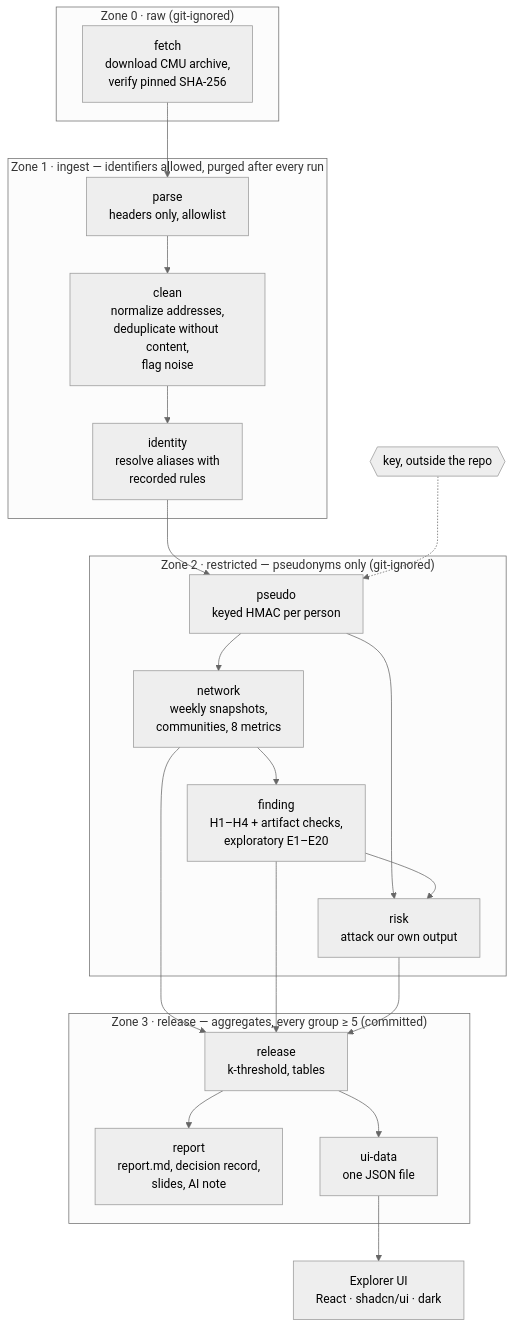
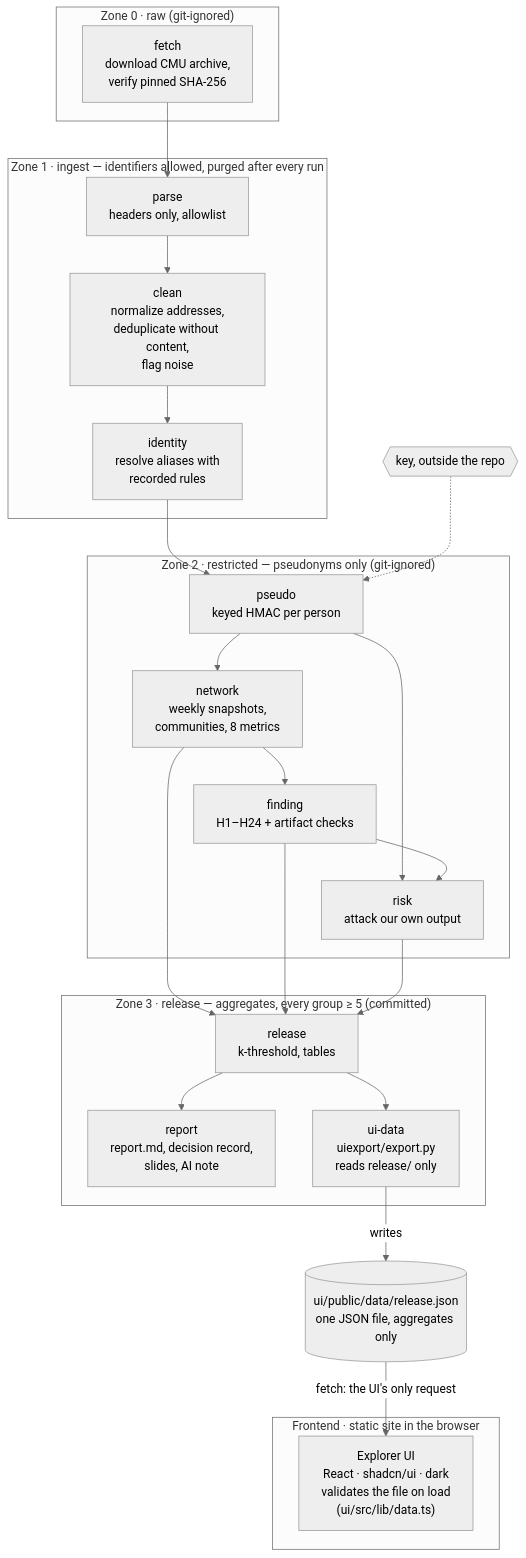
The second of 8 diagrams in README.md (marcusvieira88/network-science), drawn with Mermaid (neutral theme) before and after one commit. The commit also changed other lines of this file, not shown here.

Commit message:
README: release.json as the UI's only input; hypotheses renumbered H1–H24

````diff
--- a/README.md
+++ b/README.md
@@ -134,35 +141,40 @@
 ```mermaid
 flowchart TB
     subgraph Z0["Zone 0 · raw (git-ignored)"]
         DL["fetch<br/>download CMU archive,<br/>verify pinned SHA-256"]
     end
     subgraph Z1["Zone 1 · ingest — identifiers allowed, purged after every run"]
         P["parse<br/>headers only, allowlist"]
         C["clean<br/>normalize addresses,<br/>deduplicate without content,<br/>flag noise"]
         I["identity<br/>resolve aliases with<br/>recorded rules"]
     end
     subgraph Z2["Zone 2 · restricted — pseudonyms only (git-ignored)"]
         PS["pseudo<br/>keyed HMAC per person"]
         N["network<br/>weekly snapshots,<br/>communities, 8 metrics"]
-        F["finding<br/>H1–H4 + artifact checks,<br/>exploratory E1–E20"]
+        F["finding<br/>H1–H24 + artifact checks"]
         RK["risk<br/>attack our own output"]
     end
     subgraph Z3["Zone 3 · release — aggregates, every group ≥ 5 (committed)"]
         RL["release<br/>k-threshold, tables"]
         RP["report<br/>report.md, decision record,<br/>slides, AI note"]
-        UX["ui-data<br/>one JSON file"]
+        UX["ui-data<br/>uiexport/export.py<br/>reads release/ only"]
     end
-    UI["Explorer UI<br/>React · shadcn/ui · dark"]
+    J[("ui/public/data/release.json<br/>one JSON file, aggregates only")]
+    subgraph FE["Frontend · static site in the browser"]
+        UI["Explorer UI<br/>React · shadcn/ui · dark<br/>validates the file on load<br/>(ui/src/lib/data.ts)"]
+    end
     KEY{{"key, outside the repo"}}
 
     DL --> P --> C --> I --> PS
     KEY -.-> PS
     PS --> N --> F
     PS --> RK
     F --> RK
     N --> RL
     F --> RL
     RK --> RL
     RL --> RP
-    RL --> UX --> UI
+    RL --> UX
+    UX -->|writes| J
+    J -->|"fetch: the UI's only request"| UI
 ```
````
